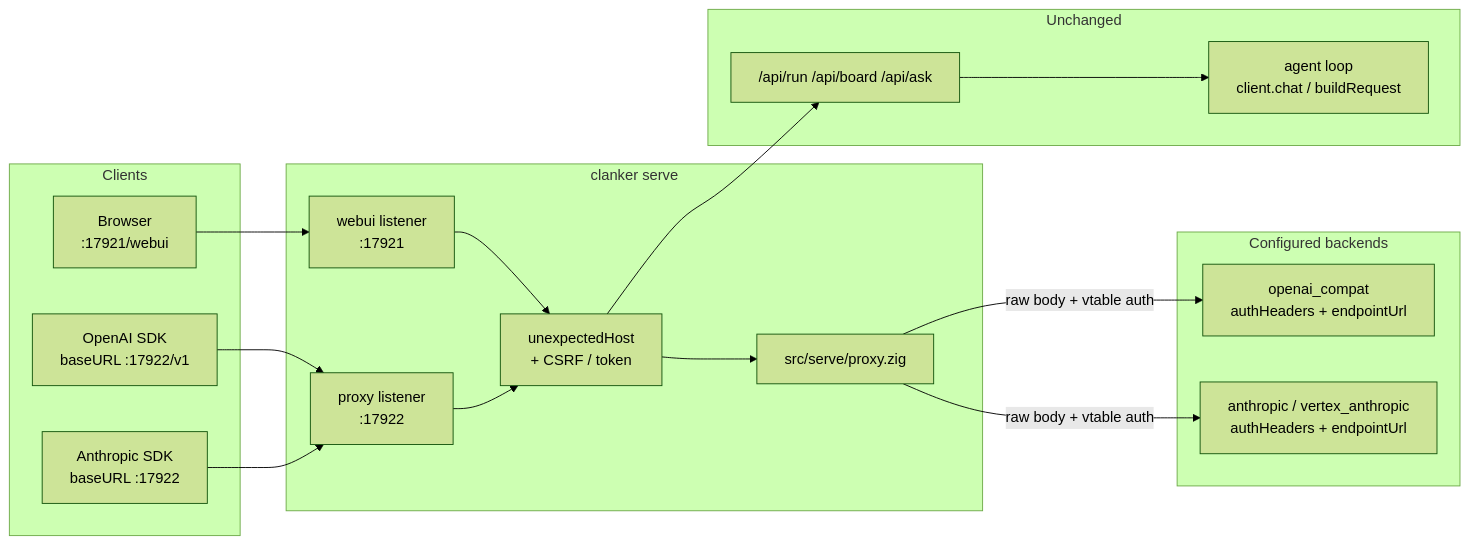
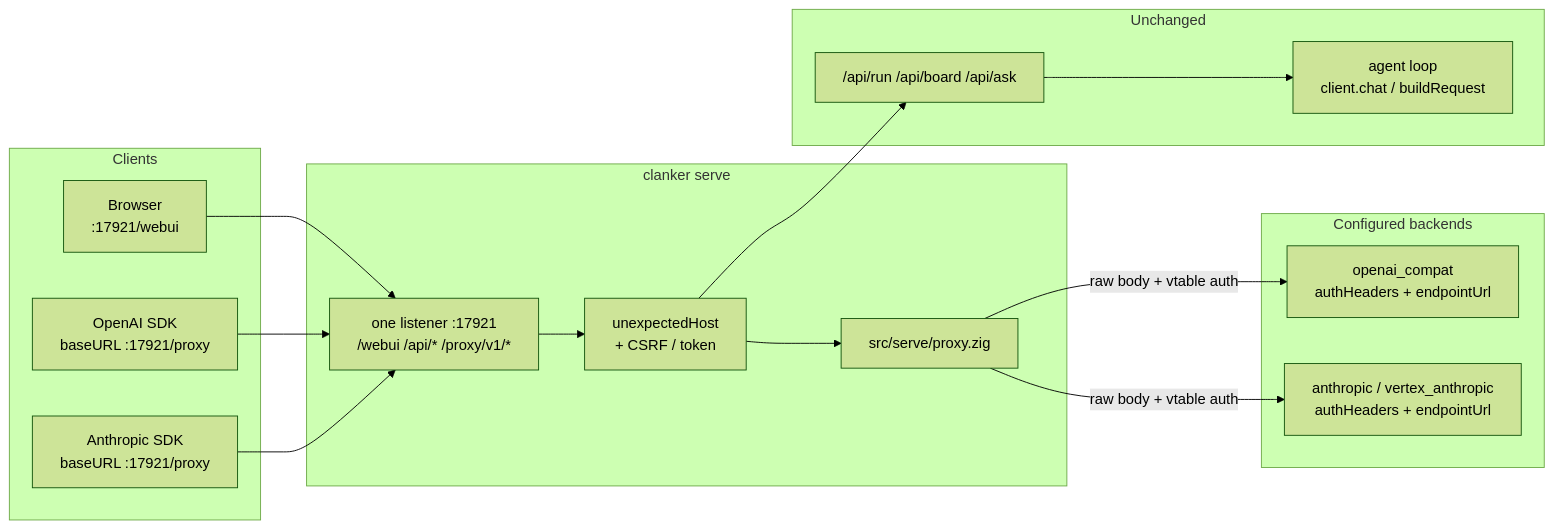
One commit to maci0/clanker changed the first of 2 diagrams in docs/prds/0026-llm-proxy.md. Above: the diagram before and after it, drawn with Mermaid (forest theme). The commit also changed other lines of this file, not shown here.

Commit message:
docs: revise PRD 0026 (LLM compatibility proxy)

````diff
--- a/docs/prds/0026-llm-proxy.md
+++ b/docs/prds/0026-llm-proxy.md
@@ -133,34 +137,32 @@
 ```mermaid
 flowchart LR
   subgraph clients [Clients]
-    OASDK["OpenAI SDK<br/>baseURL :17922/v1"]
-    ANTH["Anthropic SDK<br/>baseURL :17922"]
+    OASDK["OpenAI SDK<br/>baseURL :17921/proxy"]
+    ANTH["Anthropic SDK<br/>baseURL :17921/proxy"]
     WEB["Browser<br/>:17921/webui"]
   end
 
   subgraph serve [clanker serve]
-    WUI["webui listener<br/>:17921"]
-    PXY["proxy listener<br/>:17922"]
+    WUI["one listener :17921<br/>/webui /api/* /proxy/v1/*"]
     HOST["unexpectedHost<br/>+ CSRF / token"]
     RT["src/serve/proxy.zig"]
   end
 
   subgraph existing [Unchanged]
     API["/api/run /api/board /api/ask"]
     LOOP["agent loop<br/>client.chat / buildRequest"]
   end
 
   subgraph upstream [Configured backends]
     OAI["openai_compat<br/>authHeaders + endpointUrl"]
     ANT["anthropic / vertex_anthropic<br/>authHeaders + endpointUrl"]
   end
 
   WEB --> WUI --> HOST
   HOST --> API --> LOOP
-  OASDK --> PXY
-  ANTH --> PXY
-  PXY --> HOST
+  OASDK --> WUI
+  ANTH --> WUI
   HOST --> RT
   RT -->|"raw body + vtable auth"| OAI
   RT -->|"raw body + vtable auth"| ANT
 ```
````
